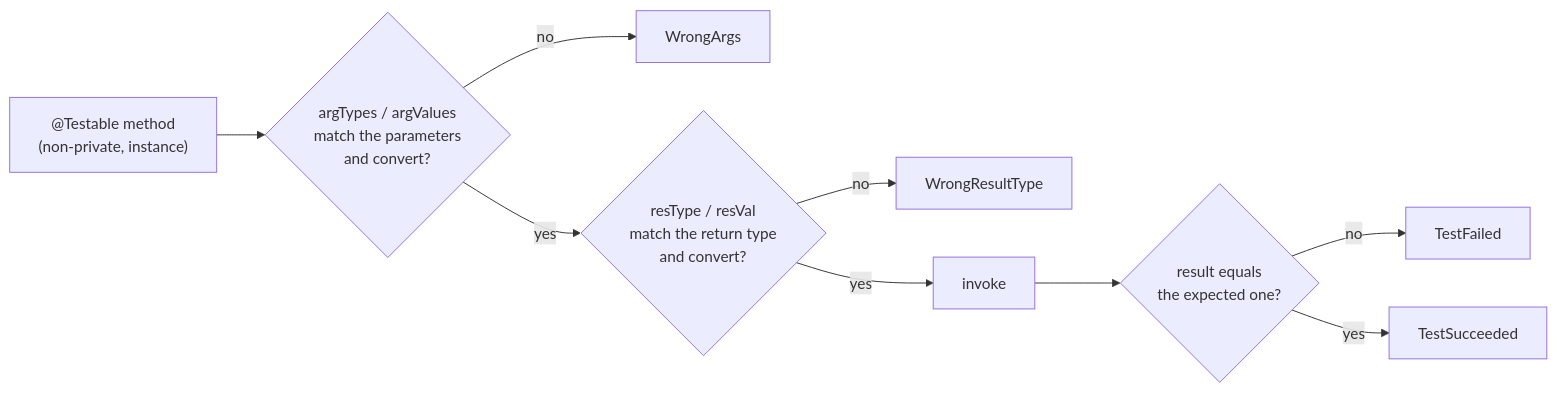
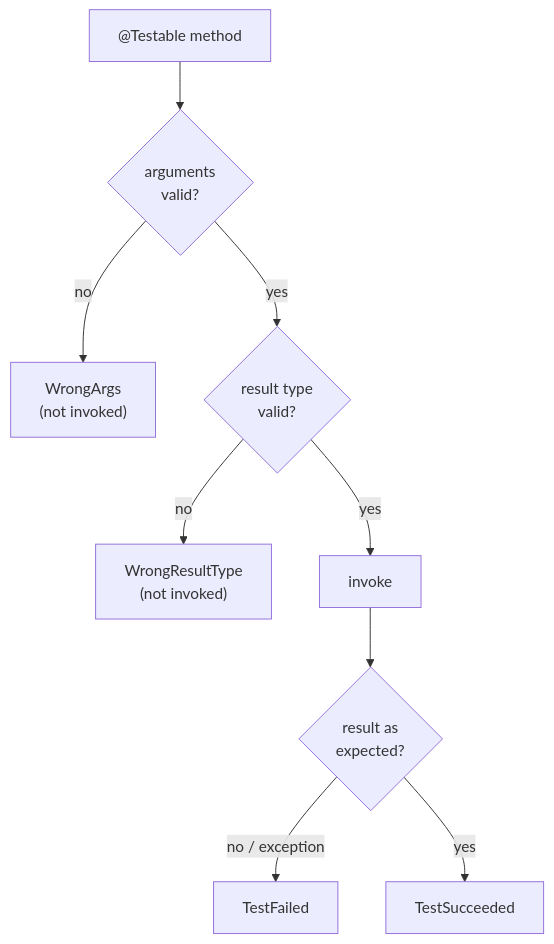
Before and after one commit to giuseppemuschetta/Advanced-Programming-Java-Haskell-Python: the third of 3 diagrams in README.md, drawn with Mermaid. The commit also changed other lines of this file, not shown here.

````diff
--- a/README.md
+++ b/README.md
@@ -198,10 +197,11 @@
 ```mermaid
-flowchart LR
-    A["@Testable method<br/>(non-private, instance)"] --> B{"argTypes / argValues<br/>match the parameters<br/>and convert?"}
-    B -- no --> W1["WrongArgs"]
-    B -- yes --> C{"resType / resVal<br/>match the return type<br/>and convert?"}
-    C -- no --> W2["WrongResultType"]
-    C -- yes --> D["invoke"] --> E{"result equals<br/>the expected one?"}
-    E -- no --> F["TestFailed"]
-    E -- yes --> S["TestSucceeded"]
+flowchart TD
+    A["@Testable method"] --> B{"arguments<br/>valid?"}
+    B -- no --> W1["WrongArgs<br/>(not invoked)"]
+    B -- yes --> C{"result type<br/>valid?"}
+    C -- no --> W2["WrongResultType<br/>(not invoked)"]
+    C -- yes --> D["invoke"]
+    D --> E{"result as<br/>expected?"}
+    E -- "no / exception" --> F["TestFailed"]
+    E -- yes --> T["TestSucceeded"]
 ```
````
